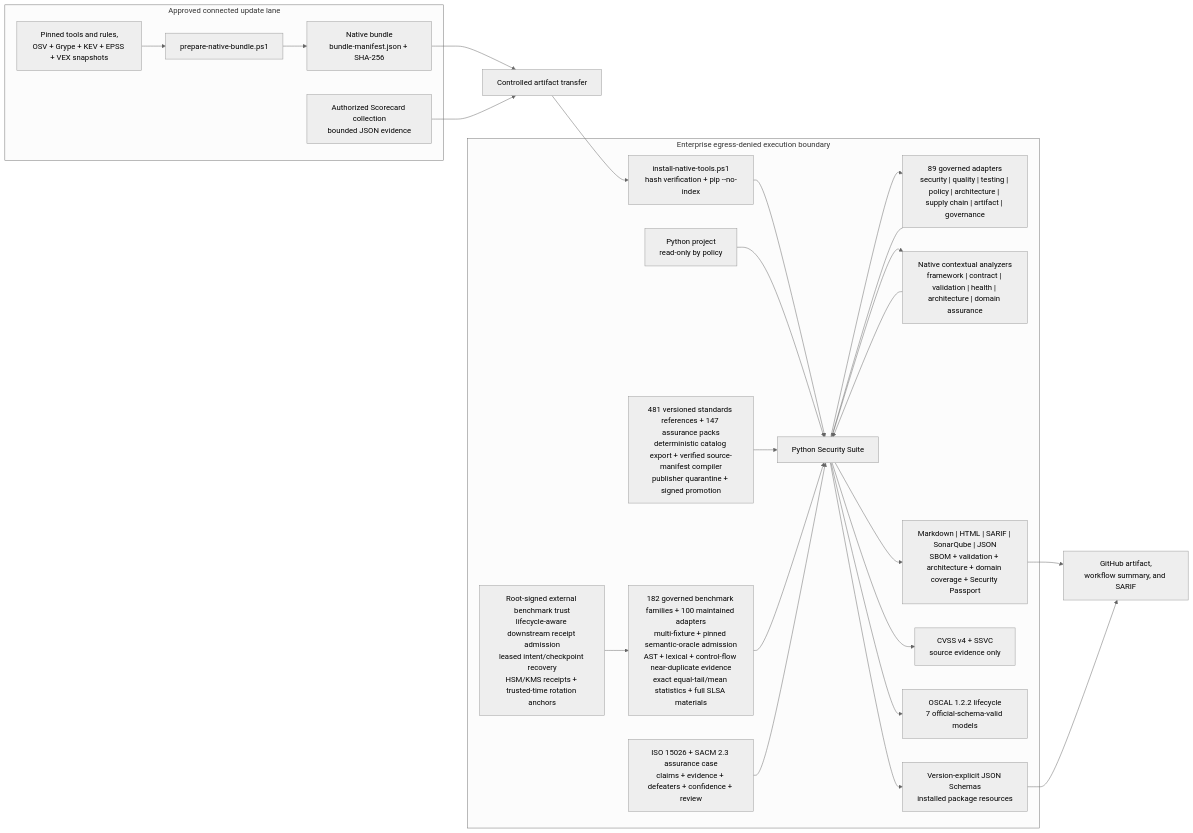
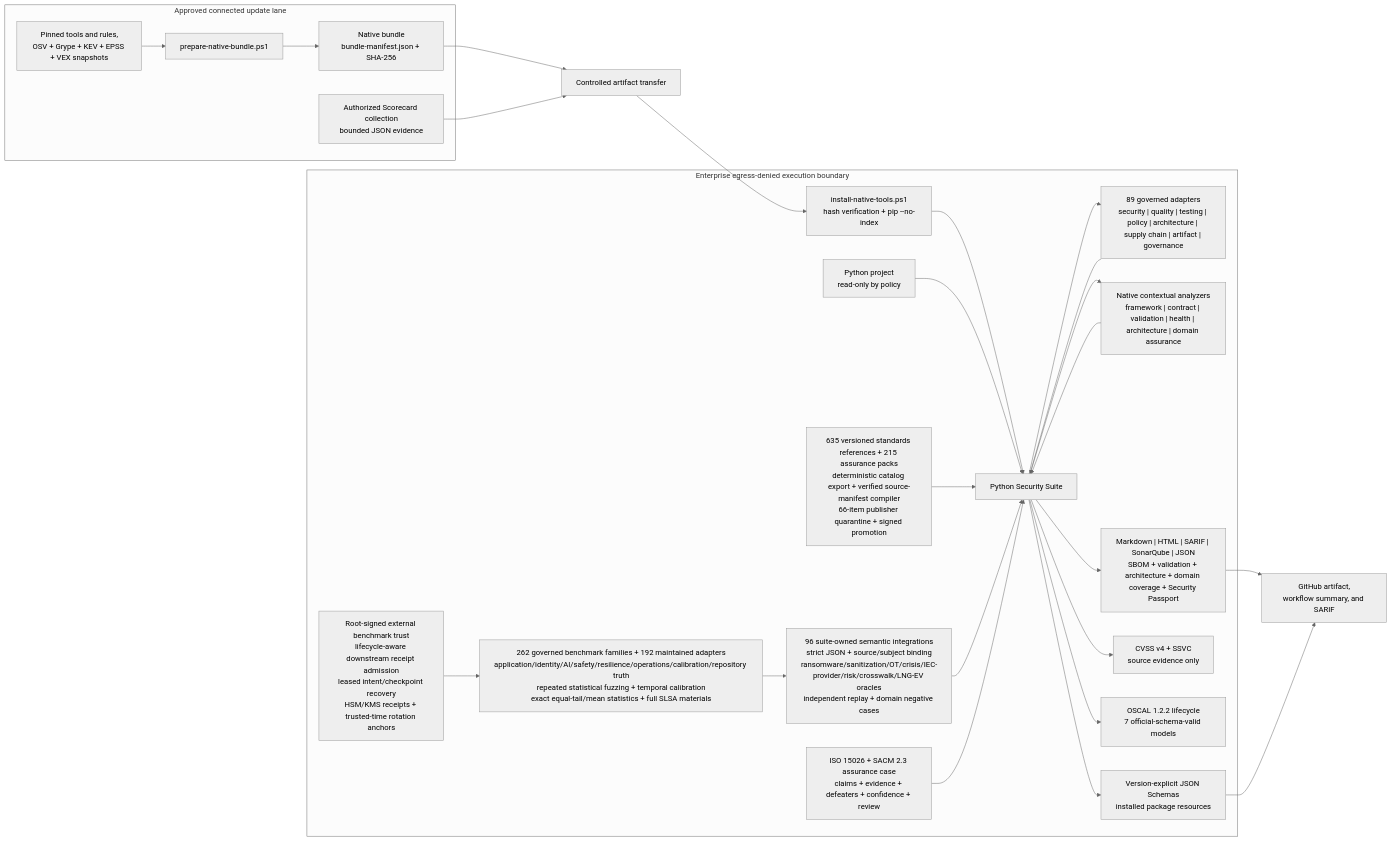
The first of 20 diagrams in docs/design.md (willtran87/project-py-security-suite), drawn with Mermaid (neutral theme) before and after one commit. The commit also changed other lines of this file and 68 other files, not shown here.

First line of the commit message:
Harden security assurance and industry benchmarks (#22)

````diff
--- a/docs/design.md
+++ b/docs/design.md
@@ -29,49 +29,50 @@
 ```mermaid
 flowchart LR
     subgraph Connected["Approved connected update lane"]
         Prep["prepare-native-bundle.ps1"]
         Sources["Pinned tools and rules,<br/>OSV + Grype + KEV + EPSS + VEX snapshots"]
         ScorecardCollect["Authorized Scorecard collection<br/>bounded JSON evidence"]
         Bundle["Native bundle<br/>bundle-manifest.json + SHA-256"]
         Sources --> Prep --> Bundle
     end
 
     Transfer["Controlled artifact transfer"]
 
     subgraph Boundary["Enterprise egress-denied execution boundary"]
         Install["install-native-tools.ps1<br/>hash verification + pip --no-index"]
         Project["Python project<br/>read-only by policy"]
         Suite["Python Security Suite"]
         Scanners["89 governed adapters<br/>security | quality | testing | policy | architecture | supply chain | artifact | governance"]
         Analyzers["Native contextual analyzers<br/>framework | contract | validation | health | architecture | domain assurance"]
         Reports["Markdown | HTML | SARIF | SonarQube | JSON<br/>SBOM + validation + architecture + domain coverage + Security Passport"]
-        Standards["481 versioned standards references + 147 assurance packs<br/>deterministic catalog export + verified source-manifest compiler<br/>publisher quarantine + signed promotion"]
-        Benchmarks["182 governed benchmark families + 100 maintained adapters<br/>multi-fixture + pinned semantic-oracle admission<br/>AST + lexical + control-flow near-duplicate evidence<br/>exact equal-tail/mean statistics + full SLSA materials"]
+        Standards["635 versioned standards references + 215 assurance packs<br/>deterministic catalog export + verified source-manifest compiler<br/>66-item publisher quarantine + signed promotion"]
+        Benchmarks["262 governed benchmark families + 192 maintained adapters<br/>application/identity/AI/safety/resilience/operations/calibration/repository truth<br/>repeated statistical fuzzing + temporal calibration<br/>exact equal-tail/mean statistics + full SLSA materials"]
+        ExtensionEvidence["96 suite-owned semantic integrations<br/>strict JSON + source/subject binding<br/>ransomware/sanitization/OT/crisis/IEC-provider/risk/crosswalk/LNG-EV oracles<br/>independent replay + domain negative cases"]
         BenchmarkTrust["Root-signed external benchmark trust<br/>lifecycle-aware downstream receipt admission<br/>leased intent/checkpoint recovery<br/>HSM/KMS receipts + trusted-time rotation anchors"]
         AssuranceCase["ISO 15026 + SACM 2.3 assurance case<br/>claims + evidence + defeaters + confidence + review"]
         Priority["CVSS v4 + SSVC<br/>source evidence only"]
         OSCAL["OSCAL 1.2.2 lifecycle<br/>7 official-schema-valid models"]
         Contracts["Version-explicit JSON Schemas<br/>installed package resources"]
         Install --> Suite
         Project --> Suite
         Suite --> Scanners
         Scanners --> Suite
         Suite --> Analyzers
         Analyzers --> Suite
         Standards --> Suite
-        Benchmarks --> Suite
+        Benchmarks --> ExtensionEvidence --> Suite
         BenchmarkTrust --> Benchmarks
         AssuranceCase --> Suite
         Suite --> Priority
         Suite --> OSCAL
         Suite --> Reports
         Suite --> Contracts
     end
 
     GitHub["GitHub artifact,<br/>workflow summary, and SARIF"]
 
     Bundle --> Transfer --> Install
     ScorecardCollect --> Transfer
     Reports --> GitHub
     Contracts --> GitHub
 ```
````
